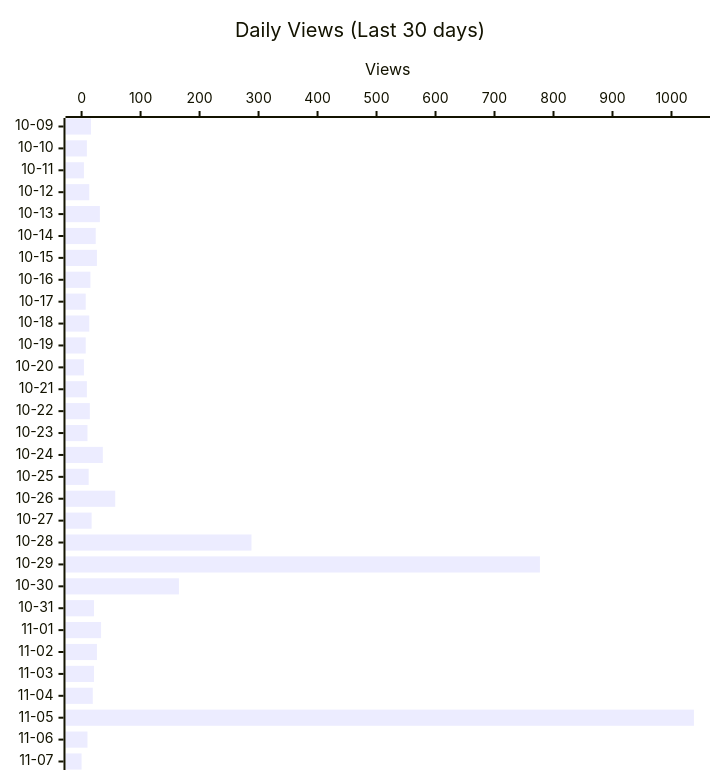
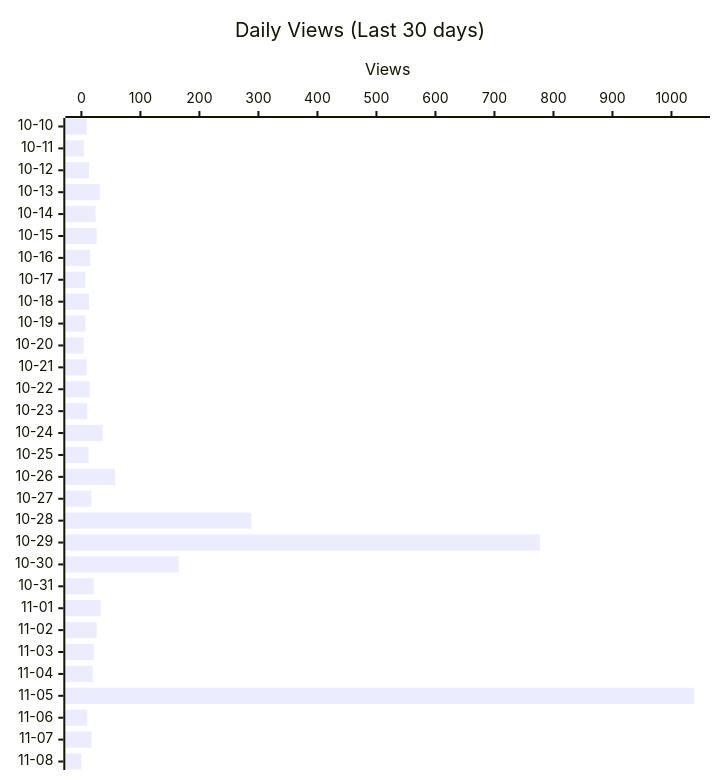
One commit to shigechika/github-insights changed the second of 4 diagrams in README.md. Above: the diagram before and after it, drawn with Mermaid. The commit also changed other lines of this file and 1 other file, not shown here.

````diff
--- a/README.md
+++ b/README.md
@@ -28,12 +28,12 @@
 ```mermaid
 ---
 config:
   xyChart:
     height: 760
 ---
 xychart-beta horizontal
     title "Daily Views (Last 30 days)"
-    x-axis ["10-09", "10-10", "10-11", "10-12", "10-13", "10-14", "10-15", "10-16", "10-17", "10-18", "10-19", "10-20", "10-21", "10-22", "10-23", "10-24", "10-25", "10-26", "10-27", "10-28", "10-29", "10-30", "10-31", "11-01", "11-02", "11-03", "11-04", "11-05", "11-06", "11-07"]
+    x-axis ["10-10", "10-11", "10-12", "10-13", "10-14", "10-15", "10-16", "10-17", "10-18", "10-19", "10-20", "10-21", "10-22", "10-23", "10-24", "10-25", "10-26", "10-27", "10-28", "10-29", "10-30", "10-31", "11-01", "11-02", "11-03", "11-04", "11-05", "11-06", "11-07", "11-08"]
     y-axis "Views"
-    bar [16, 9, 4, 13, 31, 24, 26, 15, 7, 13, 7, 4, 9, 14, 10, 36, 12, 57, 17, 288, 777, 165, 21, 33, 26, 21, 19, 1038, 10, 0]
+    bar [9, 4, 13, 31, 24, 26, 15, 7, 13, 7, 4, 9, 14, 10, 36, 12, 57, 17, 288, 777, 165, 21, 33, 26, 21, 19, 1038, 10, 17, 0]
 ```
````
